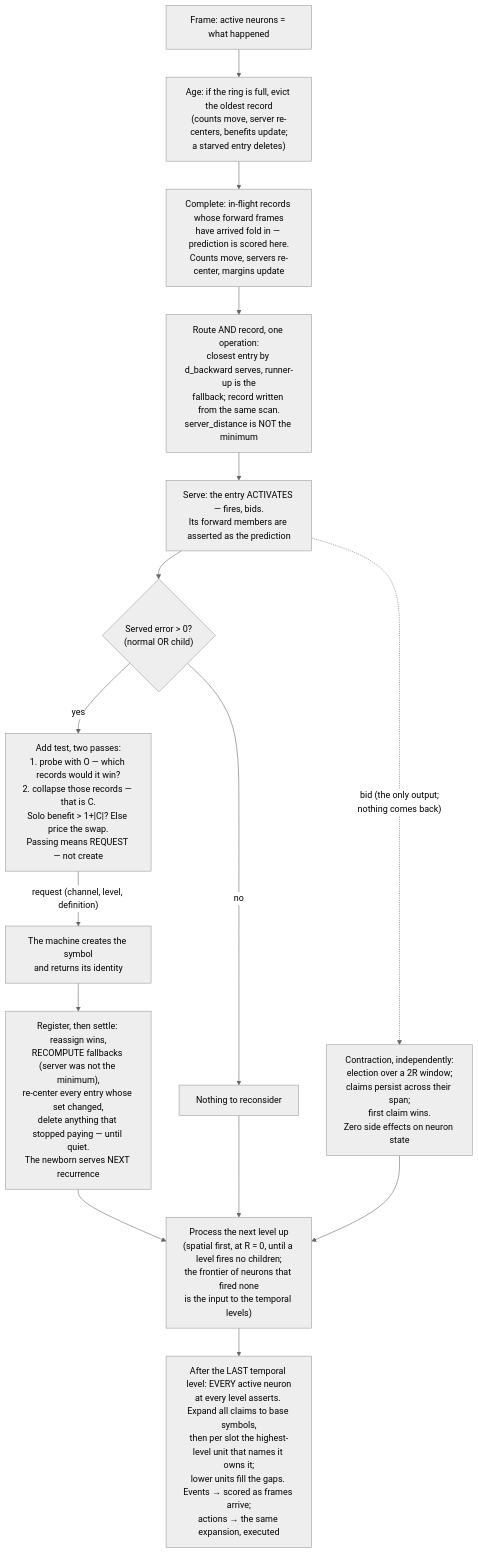
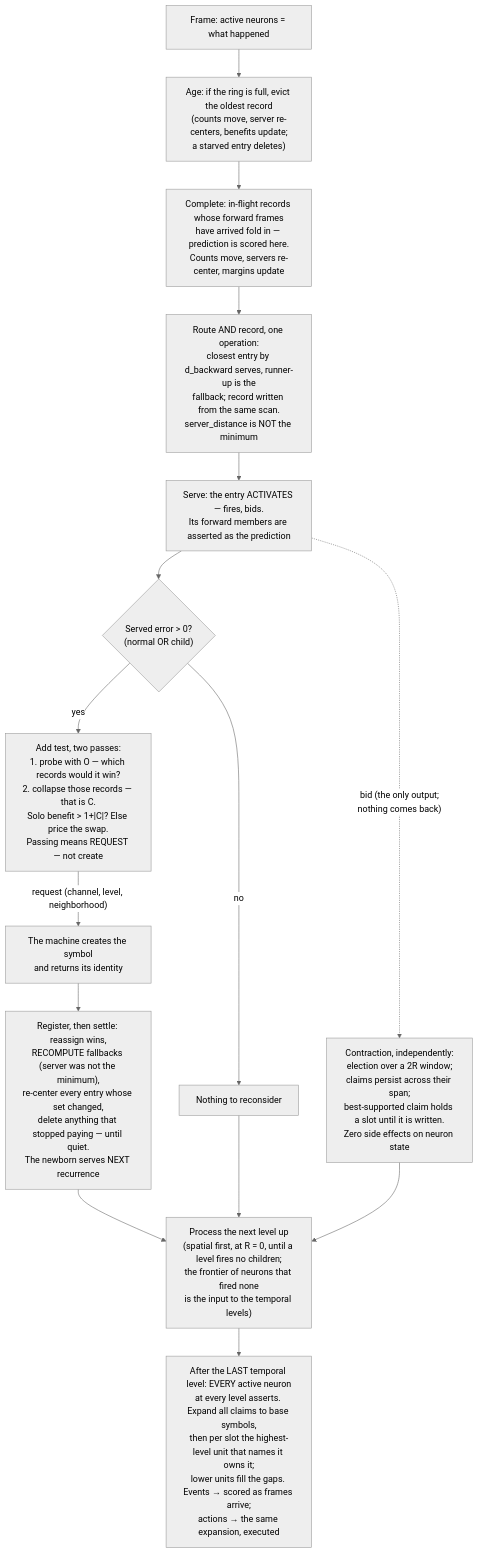
The diagram in docs/algorithm.md (cucar/robot_brain), drawn with Mermaid (neutral theme) before and after one commit. The commit also changed other lines of this file, not shown here.

Commit message:
clarify neighborhood terminology and usage

````diff
--- a/docs/algorithm.md
+++ b/docs/algorithm.md
@@ -905,17 +995,17 @@
 ```mermaid
 flowchart TD
     A["Frame: active neurons = what happened"] --> B["Age: if the ring is full, evict the oldest record<br/>(counts move, server re-centers, benefits update;<br/>a starved entry deletes)"]
     B --> C["Complete: in-flight records whose forward frames<br/>have arrived fold in — prediction is scored here.<br/>Counts move, servers re-center, margins update"]
     C --> D["Route AND record, one operation:<br/>closest entry by d_backward serves, runner-up is the<br/>fallback; record written from the same scan.<br/>server_distance is NOT the minimum"]
     D --> E["Serve: the entry ACTIVATES — fires, bids.<br/>Its forward members are asserted as the prediction"]
-    E -.->|"bid (the only output;<br/>nothing comes back)"| X["Contraction, independently:<br/>election over a 2R window;<br/>claims persist across their span;<br/>first claim wins.<br/>Zero side effects on neuron state"]
+    E -.->|"bid (the only output;<br/>nothing comes back)"| X["Contraction, independently:<br/>election over a 2R window;<br/>claims persist across their span;<br/>best-supported claim holds a slot until it is written.<br/>Zero side effects on neuron state"]
     E --> L{"Served error > 0?<br/>(normal OR child)"}
     L -->|yes| M["Add test, two passes:<br/>1. probe with O — which records would it win?<br/>2. collapse those records — that is C.<br/>Solo benefit > 1+|C|? Else price the swap.<br/>Passing means REQUEST — not create"]
-    M -->|"request (channel, level, definition)"| P["The machine creates the symbol<br/>and returns its identity"]
+    M -->|"request (channel, level, neighborhood)"| P["The machine creates the symbol<br/>and returns its identity"]
     P --> Q["Register, then settle: reassign wins,<br/>RECOMPUTE fallbacks (server was not the minimum),<br/>re-center every entry whose set changed,<br/>delete anything that stopped paying — until quiet.<br/>The newborn serves NEXT recurrence"]
     L -->|no| N["Nothing to reconsider"]
     Q --> O["Process the next level up<br/>(spatial first, at R = 0, until a level fires no children;<br/>the frontier of neurons that fired none<br/>is the input to the temporal levels)"]
     N --> O
     X --> O
     O --> Y["After the LAST temporal level: EVERY active neuron<br/>at every level asserts. Expand all claims to base symbols,<br/>then per slot the highest-level unit that names it owns it;<br/>lower units fill the gaps. Events → scored as frames arrive;<br/>actions → the same expansion, executed"]
 ```
````
